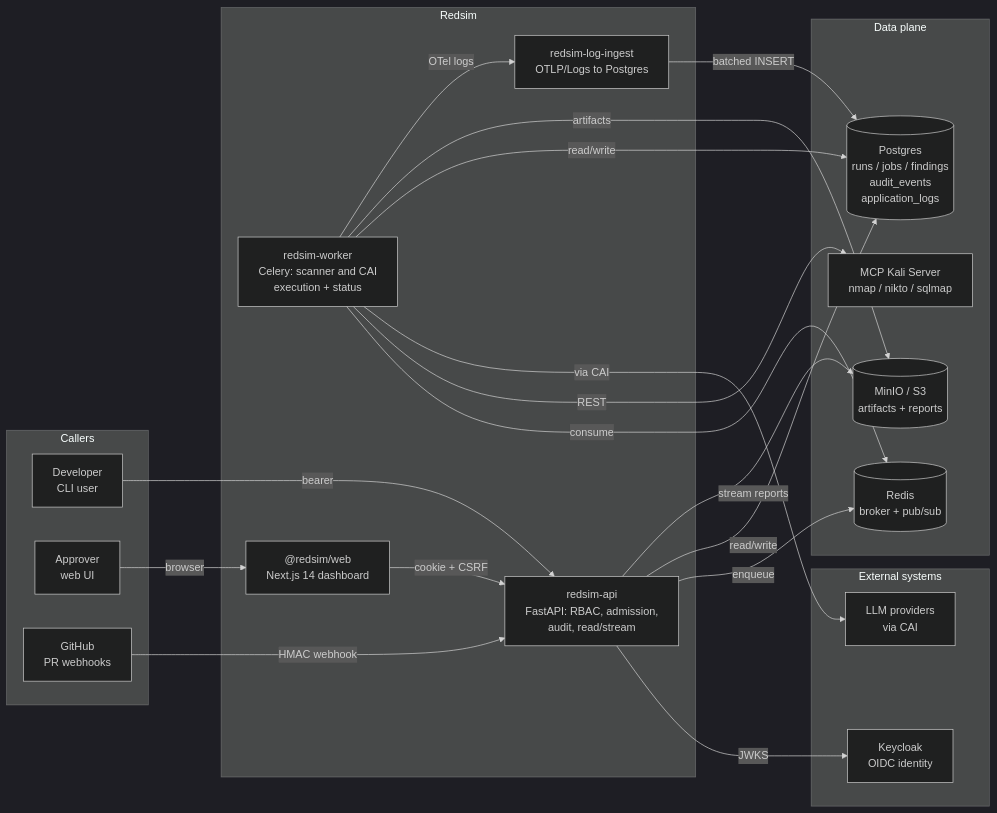
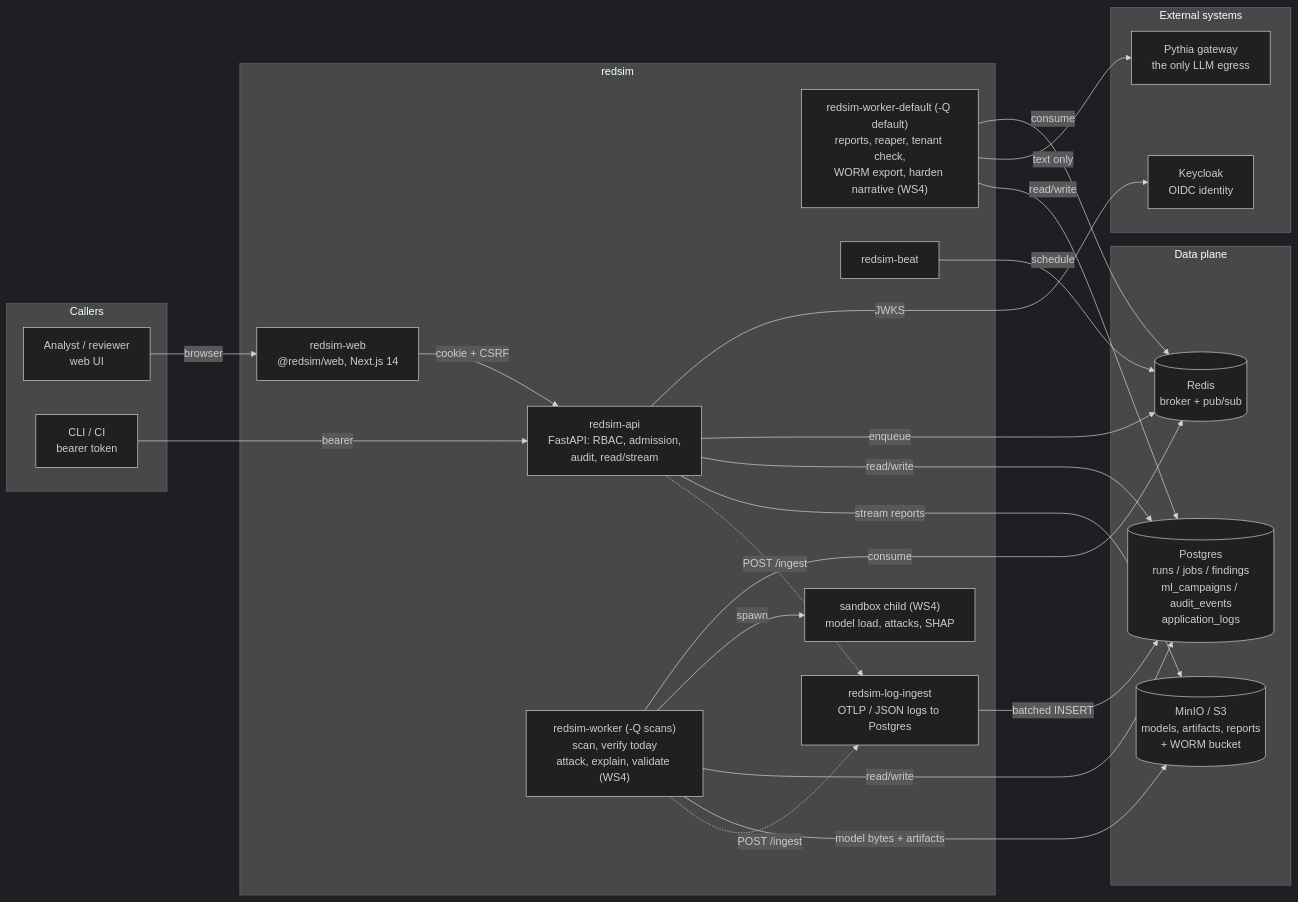
One commit to IntelliBridge/ndia-red-team-simulator changed the first of 5 diagrams in docs/architecture/overview.md. Above: the diagram before and after it, drawn with Mermaid (dark theme). The commit also changed other lines of this file and 32 other files, not shown here.

First line of the commit message:
docs: refresh to redsim/P0 truth + Archify architecture diagrams (#20)

````diff
--- a/docs/architecture/overview.md
+++ b/docs/architecture/overview.md
@@ -16,43 +51,47 @@
 ```mermaid
 flowchart LR
   subgraph callers["Callers"]
-    dev["Developer<br/>CLI user"]
-    approver["Approver<br/>web UI"]
-    gh["GitHub<br/>PR webhooks"]
+    analyst["Analyst / reviewer<br/>web UI"]
+    cli["CLI / CI<br/>bearer token"]
   end
 
-  subgraph redsim["Redsim"]
+  subgraph redsim["redsim"]
+    web["redsim-web<br/>@redsim/web, Next.js 14"]
     api["redsim-api<br/>FastAPI: RBAC, admission,<br/>audit, read/stream"]
-    worker["redsim-worker<br/>Celery: scanner and CAI<br/>execution + status"]
-    web["@redsim/web<br/>Next.js 14 dashboard"]
-    li["redsim-log-ingest<br/>OTLP/Logs to Postgres"]
+    worker["redsim-worker (-Q scans)<br/>scan, verify today<br/>attack, explain, validate (WS4)"]
+    wdef["redsim-worker-default (-Q default)<br/>reports, reaper, tenant check,<br/>WORM export, harden narrative (WS4)"]
+    beat["redsim-beat"]
+    li["redsim-log-ingest<br/>OTLP / JSON logs to Postgres"]
+    child["sandbox child (WS4)<br/>model load, attacks, SHAP"]
   end
 
   subgraph ext["External systems"]
     kc["Keycloak<br/>OIDC identity"]
-    llm["LLM providers<br/>via CAI"]
+    pythia["Pythia gateway<br/>the only LLM egress"]
   end
 
   subgraph data["Data plane"]
-    pg[("Postgres<br/>runs / jobs / findings<br/>audit_events<br/>application_logs")]
-    s3[("MinIO / S3<br/>artifacts + reports")]
+    pg[("Postgres<br/>runs / jobs / findings<br/>ml_campaigns / audit_events<br/>application_logs")]
+    s3[("MinIO / S3<br/>models, artifacts, reports<br/>+ WORM bucket")]
     redis[("Redis<br/>broker + pub/sub")]
-    kali["MCP Kali Server<br/>nmap / nikto / sqlmap"]
   end
 
-  dev -- "bearer" --> api
-  approver -- "browser" --> web
+  analyst -- "browser" --> web
   web -- "cookie + CSRF" --> api
-  gh -- "HMAC webhook" --> api
+  cli -- "bearer" --> api
   api -- "JWKS" --> kc
   api -- "enqueue" --> redis
   worker -- "consume" --> redis
-  worker -- "REST" --> kali
-  worker -- "via CAI" --> llm
+  wdef -- "consume" --> redis
+  beat -- "schedule" --> redis
+  worker -- "spawn" --> child
+  wdef -- "text only" --> pythia
   api -- "read/write" --> pg
   worker -- "read/write" --> pg
-  worker -- "artifacts" --> s3
+  wdef -- "read/write" --> pg
+  worker -- "model bytes + artifacts" --> s3
   api -- "stream reports" --> s3
-  worker -- "OTel logs" --> li
+  api -. "POST /ingest" .-> li
+  worker -. "POST /ingest" .-> li
   li -- "batched INSERT" --> pg
 ```
````
